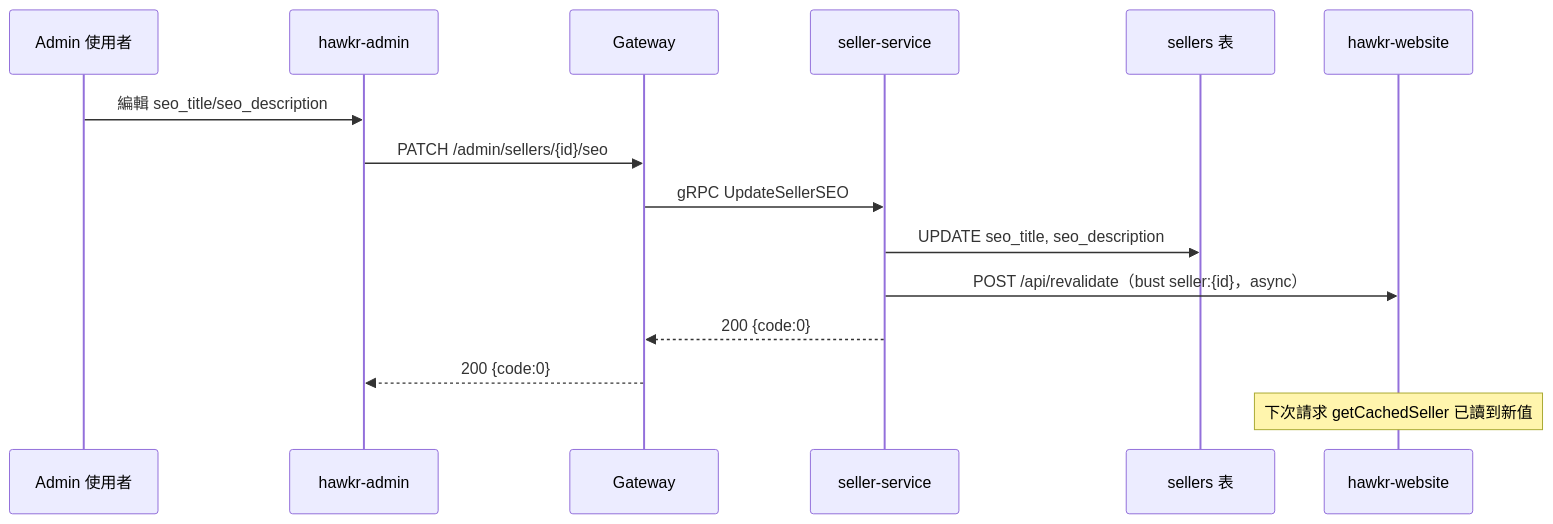
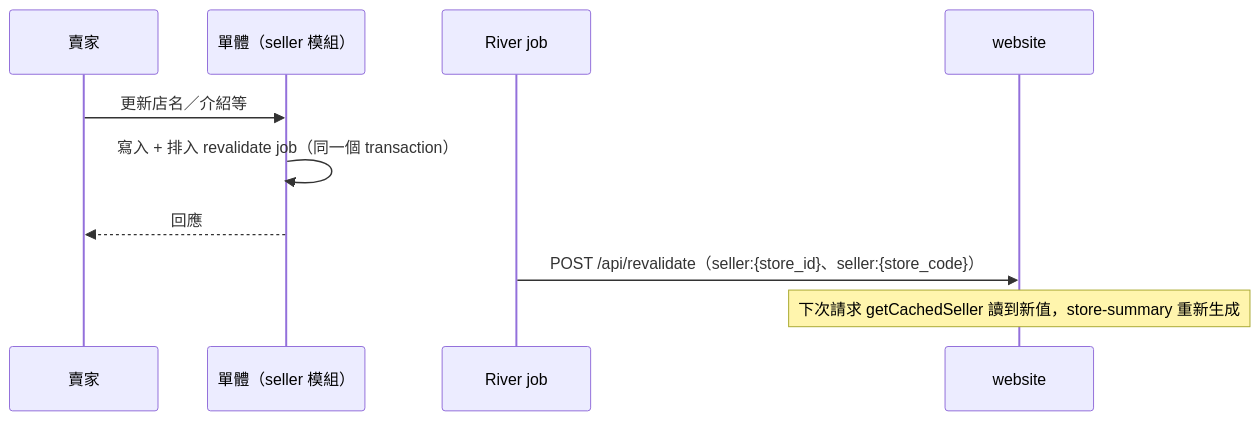
Before and after one commit to Will413028/hawkr: the third of 3 diagrams in backend/docs/詳細設計書/48-SEO 優化與現況（SEO Optimization）詳細設計書.md, drawn with Mermaid. The commit also changed other lines of this file, not shown here.

Commit message:
docs(backend): 設計書 48 刪掉只對 seller-service 成立的內容，賣家部分改寫成單體現況

````diff
--- a/backend/docs/詳細設計書/48-SEO 優化與現況（SEO Optimization）詳細設計書.md
+++ b/backend/docs/詳細設計書/48-SEO 優化與現況（SEO Optimization）詳細設計書.md
@@ -208,17 +195,12 @@
 ```mermaid
 sequenceDiagram
-  participant A as Admin 使用者
-  participant AD as hawkr-admin
-  participant GW as Gateway
-  participant SS as seller-service
-  participant DB as sellers 表
-  participant WEB as hawkr-website
-  A->>AD: 編輯 seo_title/seo_description
-  AD->>GW: PATCH /admin/sellers/{id}/seo
-  GW->>SS: gRPC UpdateSellerSEO
-  SS->>DB: UPDATE seo_title, seo_description
-  SS->>WEB: POST /api/revalidate（bust seller:{id}，async）
-  SS-->>GW: 200 {code:0}
-  GW-->>AD: 200 {code:0}
-  Note over WEB: 下次請求 getCachedSeller 已讀到新值
+  participant S as 賣家
+  participant BE as 單體（seller 模組）
+  participant J as River job
+  participant WEB as website
+  S->>BE: 更新店名／介紹等
+  BE->>BE: 寫入 + 排入 revalidate job（同一個 transaction）
+  BE-->>S: 回應
+  J->>WEB: POST /api/revalidate（seller:{store_id}、seller:{store_code}）
+  Note over WEB: 下次請求 getCachedSeller 讀到新值，store-summary 重新生成
 ```
````
